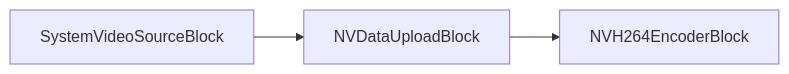
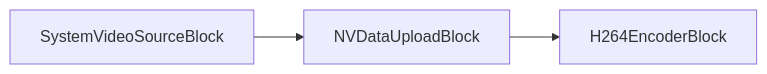
The second of 5 diagrams in dotnet/mediablocks/Nvidia/index.es.md (visioforge/help), drawn with Mermaid before and after one commit. The commit also changed other lines of this file and 222 other files, not shown here.

````diff
--- a/dotnet/mediablocks/Nvidia/index.es.md
+++ b/dotnet/mediablocks/Nvidia/index.es.md
@@ -97,4 +97,4 @@
 ```mermaid
 graph LR;
-    SystemVideoSourceBlock-->NVDataUploadBlock-->NVH264EncoderBlock;
+    SystemVideoSourceBlock-->NVDataUploadBlock-->H264EncoderBlock;
 ```
````
